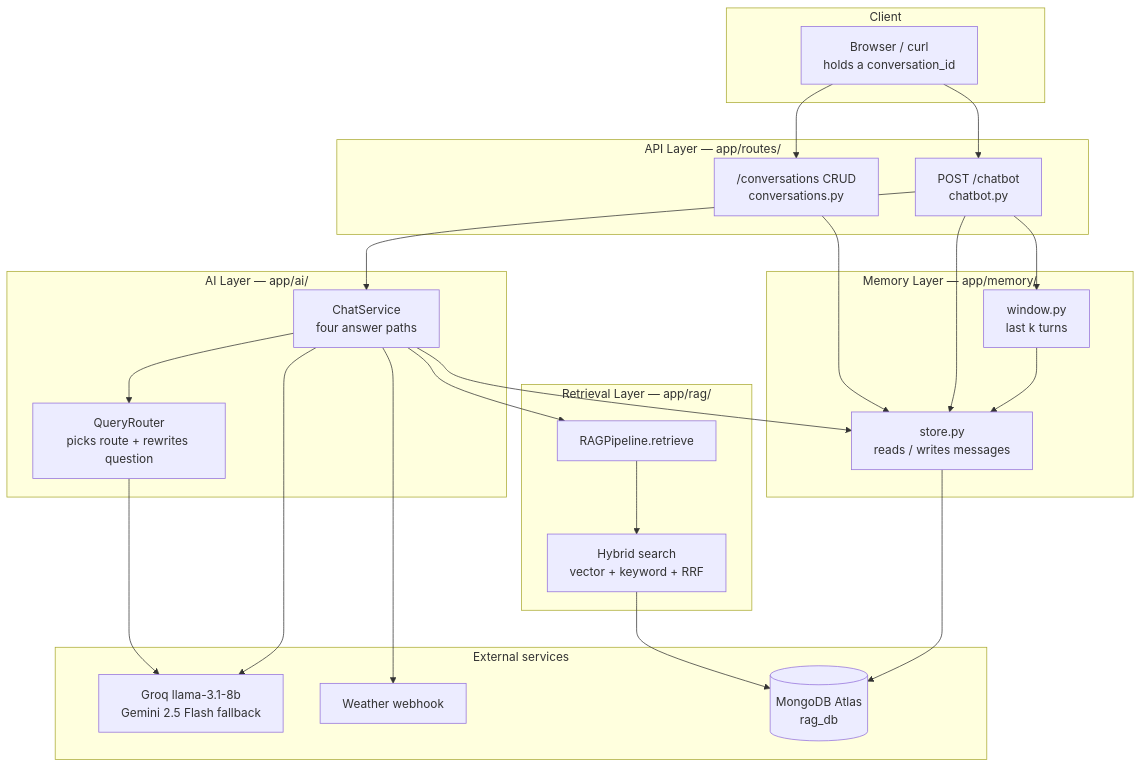
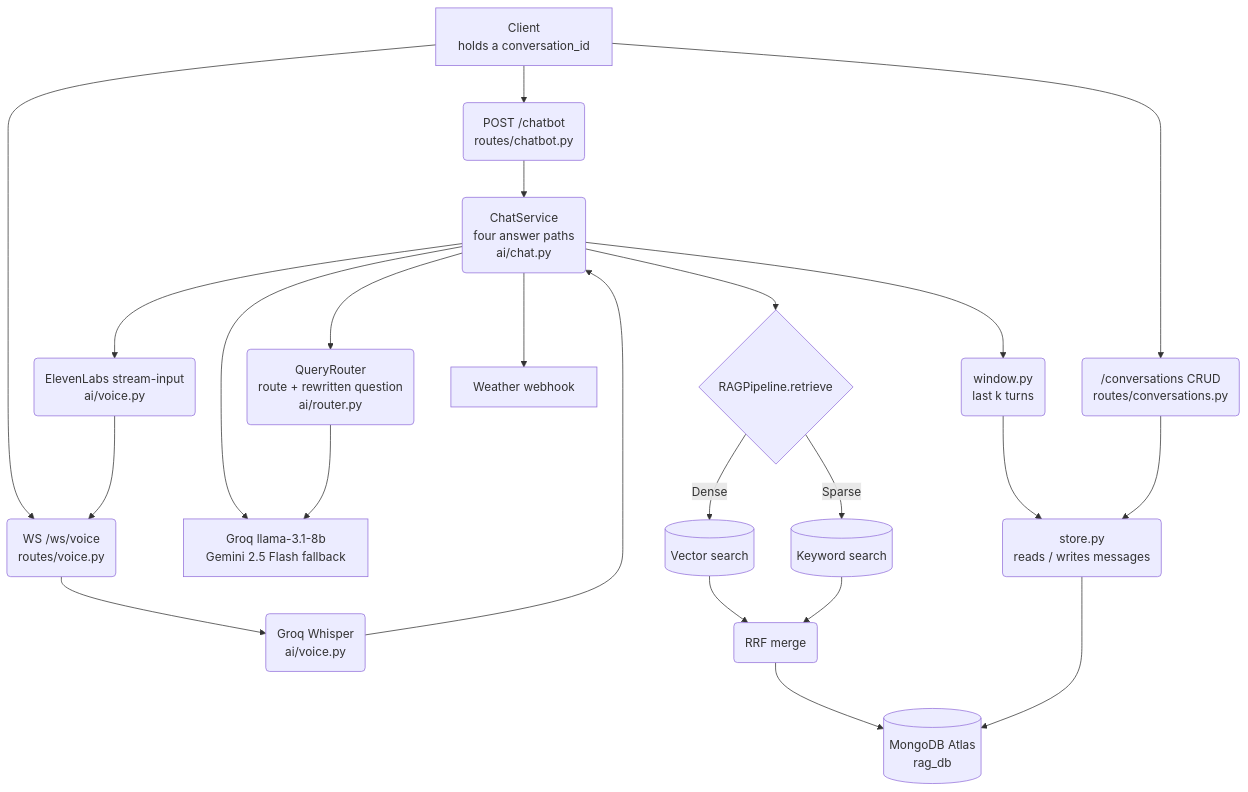
Before and after one commit to Harish1404/Naive-RAG-LangChain: the first of 3 diagrams in docs/architecture.md, drawn with Mermaid. The commit also changed other lines of this file and 11 other files, not shown here.

````diff
--- a/docs/architecture.md
+++ b/docs/architecture.md
@@ -31,49 +35,29 @@
 ```mermaid
-graph TB
-    subgraph CLIENT["Client"]
-        UI["Browser / curl<br/>holds a conversation_id"]
-    end
+graph TD
+    UI[Client<br/>holds a conversation_id] --> CHATEP(POST /chatbot<br/>routes/chatbot.py)
+    UI --> VOICEEP(WS /ws/voice<br/>routes/voice.py)
+    UI --> CONVEP(/conversations CRUD<br/>routes/conversations.py)
 
-    subgraph API["API Layer &mdash; app/routes/"]
-        CHATEP["POST /chatbot<br/>chatbot.py"]
-        CONVEP["/conversations CRUD<br/>conversations.py"]
-    end
+    VOICEEP --> STT(Groq Whisper<br/>ai/voice.py)
+    STT --> SERVICE
+    CHATEP --> SERVICE(ChatService<br/>four answer paths<br/>ai/chat.py)
 
-    subgraph AI["AI Layer &mdash; app/ai/"]
-        ROUTER["QueryRouter<br/>picks route + rewrites question"]
-        SERVICE["ChatService<br/>four answer paths"]
-    end
+    SERVICE --> ROUTER(QueryRouter<br/>route + rewritten question<br/>ai/router.py)
+    SERVICE --> WINDOW(window.py<br/>last k turns)
+    SERVICE --> PIPE{RAGPipeline.retrieve}
+    SERVICE --> HOOK[Weather webhook]
+    SERVICE --> LLM[Groq llama-3.1-8b<br/>Gemini 2.5 Flash fallback]
+    SERVICE --> TTS(ElevenLabs stream-input<br/>ai/voice.py)
+    TTS --> VOICEEP
 
-    subgraph MEM["Memory Layer &mdash; app/memory/"]
-        WINDOW["window.py<br/>last k turns"]
-        STORE["store.py<br/>reads / writes messages"]
-    end
+    ROUTER --> LLM
+    PIPE -->|Dense| VEC[(Vector search)]
+    PIPE -->|Sparse| KEY[(Keyword search)]
+    VEC --> RRF(RRF merge)
+    KEY --> RRF
+    RRF --> DB[(MongoDB Atlas<br/>rag_db)]
 
-    subgraph RAG["Retrieval Layer &mdash; app/rag/"]
-        PIPE["RAGPipeline.retrieve"]
-        HYB["Hybrid search<br/>vector + keyword + RRF"]
-    end
-
-    subgraph EXT["External services"]
-        LLM["Groq llama-3.1-8b<br/>Gemini 2.5 Flash fallback"]
-        HOOK["Weather webhook"]
-        DB[("MongoDB Atlas<br/>rag_db")]
-    end
-
-    UI --> CHATEP
-    UI --> CONVEP
+    WINDOW --> STORE(store.py<br/>reads / writes messages)
     CONVEP --> STORE
-    CHATEP --> STORE
-    CHATEP --> WINDOW
-    CHATEP --> SERVICE
-    WINDOW --> STORE
-    SERVICE --> ROUTER
-    ROUTER --> LLM
-    SERVICE --> PIPE
-    SERVICE --> HOOK
-    SERVICE --> LLM
-    SERVICE --> STORE
-    PIPE --> HYB
-    HYB --> DB
     STORE --> DB
 ```
````
